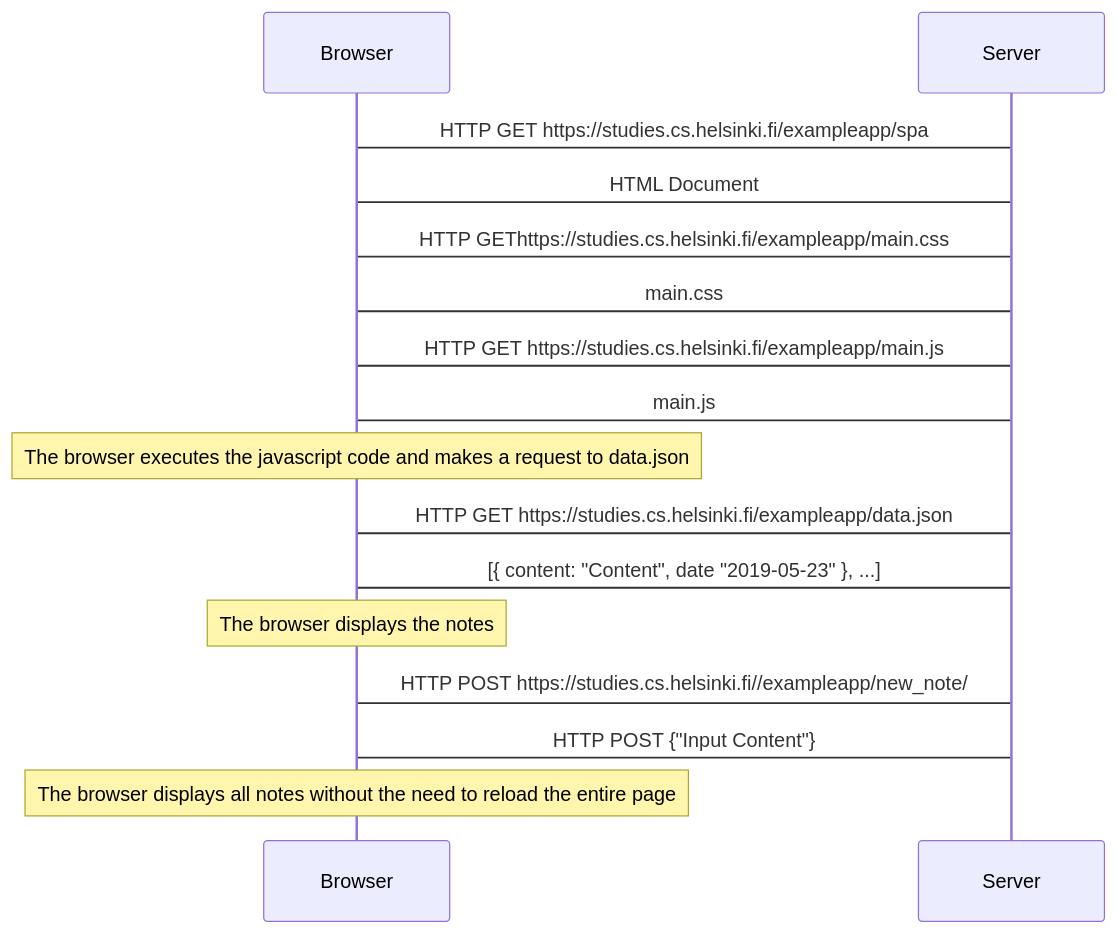
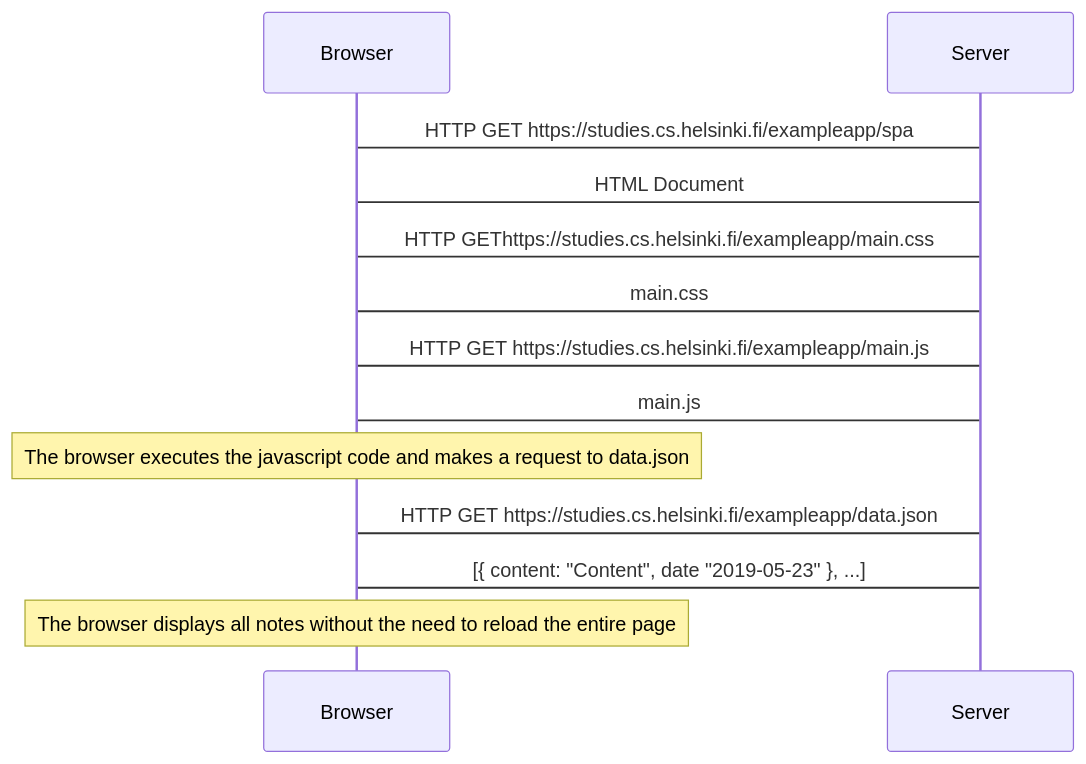
The diagram in part0/0.5.md (imardev/full-stack-course), drawn with Mermaid before and after one commit.

Commit message:
Mejorar la presentación del diagrama de secuencia en 0.5.md

````diff
--- a/part0/0.5.md
+++ b/part0/0.5.md
@@ -1,18 +1,15 @@
 ```mermaid
 sequenceDiagram
-    Browser -> Server: HTTP GET https://studies.cs.helsinki.fi/exampleapp/spa
-    Server -> Browser: HTML Document
-    Browser -> Server: HTTP GEThttps://studies.cs.helsinki.fi/exampleapp/main.css
-    Server -> Browser: main.css
-    Browser -> Server: HTTP GET https://studies.cs.helsinki.fi/exampleapp/main.js
-    Server -> Browser: main.js
-    note over Browser: The browser executes the javascript code and makes a request to data.json
-    Browser -> Server: HTTP GET https://studies.cs.helsinki.fi/exampleapp/data.json
-    Server -> Browser: [{ content: "Content", date "2019-05-23" }, ...]
-    note over Browser: The browser displays the notes
-    Browser -> Server: HTTP POST https://studies.cs.helsinki.fi//exampleapp/new_note/
-    Browser -> Server: HTTP POST {"Input Content"}
-    note over Browser: The browser displays all notes without the need to reload the entire page
+Browser -> Server: HTTP GET https://studies.cs.helsinki.fi/exampleapp/spa
+Server -> Browser: HTML Document
+Browser -> Server: HTTP GEThttps://studies.cs.helsinki.fi/exampleapp/main.css
+Server -> Browser: main.css
+Browser -> Server: HTTP GET https://studies.cs.helsinki.fi/exampleapp/main.js
+Server -> Browser: main.js
+note over Browser: The browser executes the javascript code and makes a request to data.json
+Browser -> Server: HTTP GET https://studies.cs.helsinki.fi/exampleapp/data.json
+Server -> Browser: [{ content: "Content", date "2019-05-23" }, ...]
+note over Browser: The browser displays all notes without the need to reload the entire page
 
 
 ```
````
